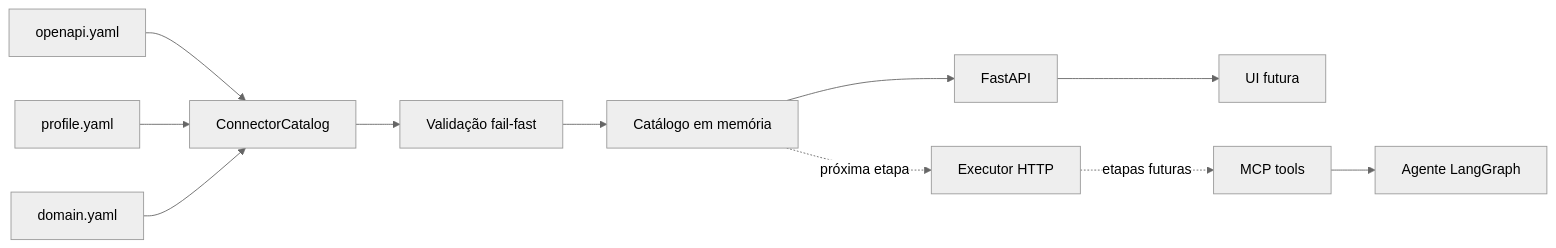
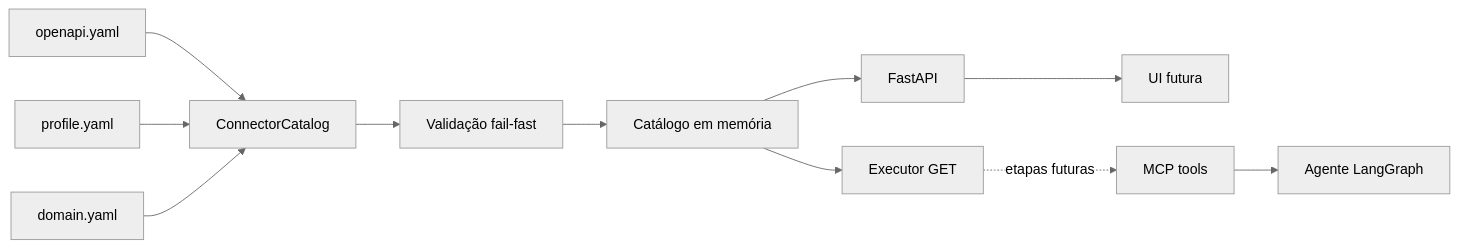
The first of 3 diagrams in docs/architecture.md (ChristianGandra21/indusguard), drawn with Mermaid (neutral theme) before and after one commit. The commit also changed other lines of this file and 10 other files, not shown here.

Commit message:
feat: add protected HTTP GET executor

````diff
--- a/docs/architecture.md
+++ b/docs/architecture.md
@@ -9,13 +9,13 @@
 ```mermaid
 flowchart LR
     O[openapi.yaml] --> L[ConnectorCatalog]
     P[profile.yaml] --> L
     D[domain.yaml] --> L
     L --> V[Validação fail-fast]
     V --> C[Catálogo em memória]
     C --> API[FastAPI]
     API --> UI[UI futura]
-    C -. próxima etapa .-> E[Executor HTTP]
+    C --> E[Executor GET]
     E -. etapas futuras .-> MCP[MCP tools]
     MCP --> A[Agente LangGraph]
 ```
````
